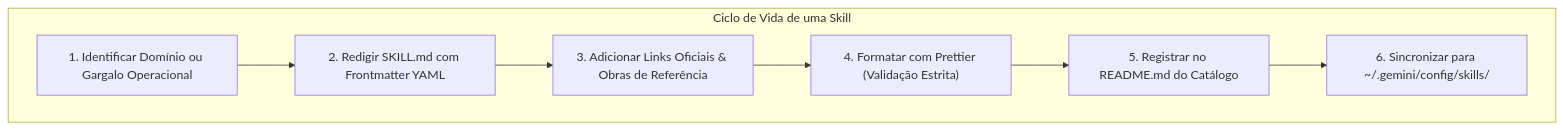
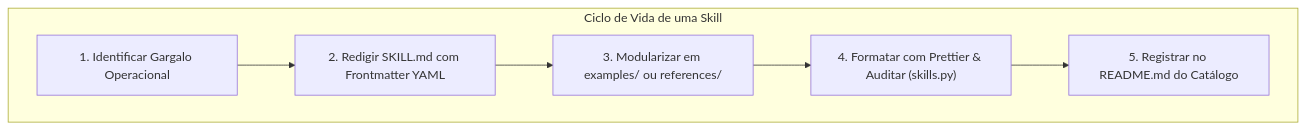
Before and after one commit to GabrielFrigo4/profile: the diagram in skills/skill-authoring-standards/SKILL.md, drawn with Mermaid. The commit also changed other lines of this file and 4 other files, not shown here.

````diff
--- a/skills/skill-authoring-standards/SKILL.md
+++ b/skills/skill-authoring-standards/SKILL.md
@@ -16,13 +18,12 @@
 ```mermaid
 flowchart TD
     subgraph CICLO ["Ciclo de Vida de uma Skill"]
-        C1["1. Identificar Domínio ou Gargalo Operacional"]
+        C1["1. Identificar Gargalo Operacional"]
         C2["2. Redigir SKILL.md com Frontmatter YAML"]
-        C3["3. Adicionar Links Oficiais & Obras de Referência"]
-        C4["4. Formatar com Prettier (Validação Estrita)"]
+        C3["3. Modularizar em examples/ ou references/"]
+        C4["4. Formatar com Prettier & Auditar (skills.py)"]
         C5["5. Registrar no README.md do Catálogo"]
-        C6["6. Sincronizar para ~/.gemini/config/skills/"]
     end
 
-    C1 --> C2 --> C3 --> C4 --> C5 --> C6
+    C1 --> C2 --> C3 --> C4 --> C5
 ```
````
